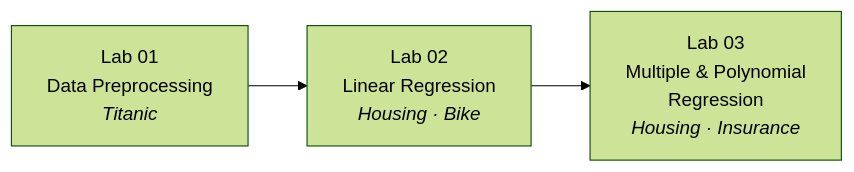
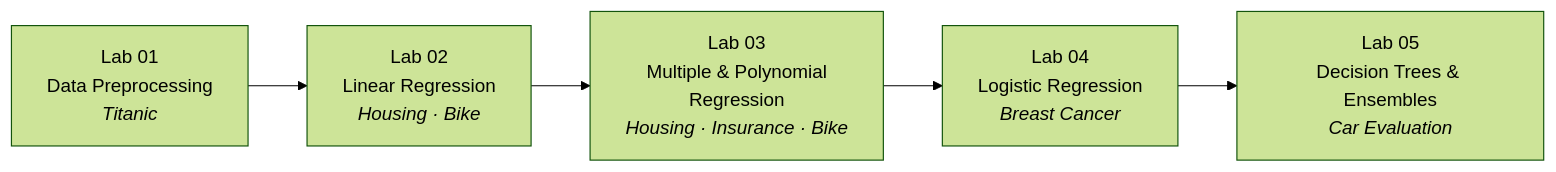
Before and after one commit to asaerxd6767/ML-Project: the diagram in README.md, drawn with Mermaid (forest theme). The commit also changed other lines of this file and 1 other file, not shown here.

Commit message:
fix: Update README for clarity and add lab progression details; include additional team member and notebook information

````diff
--- a/README.md
+++ b/README.md
@@ -22,5 +22,7 @@
 ```mermaid
 flowchart LR
     A["Lab 01<br/>Data Preprocessing<br/><i>Titanic</i>"] --> B["Lab 02<br/>Linear Regression<br/><i>Housing · Bike</i>"]
-    B --> C["Lab 03<br/>Multiple &amp; Polynomial<br/>Regression<br/><i>Housing · Insurance</i>"]
+    B --> C["Lab 03<br/>Multiple &amp; Polynomial<br/>Regression<br/><i>Housing · Insurance · Bike</i>"]
+    C --> D["Lab 04<br/>Logistic Regression<br/><i>Breast Cancer</i>"]
+    D --> E["Lab 05<br/>Decision Trees &amp; Ensembles<br/><i>Car Evaluation</i>"]
 ```
````
